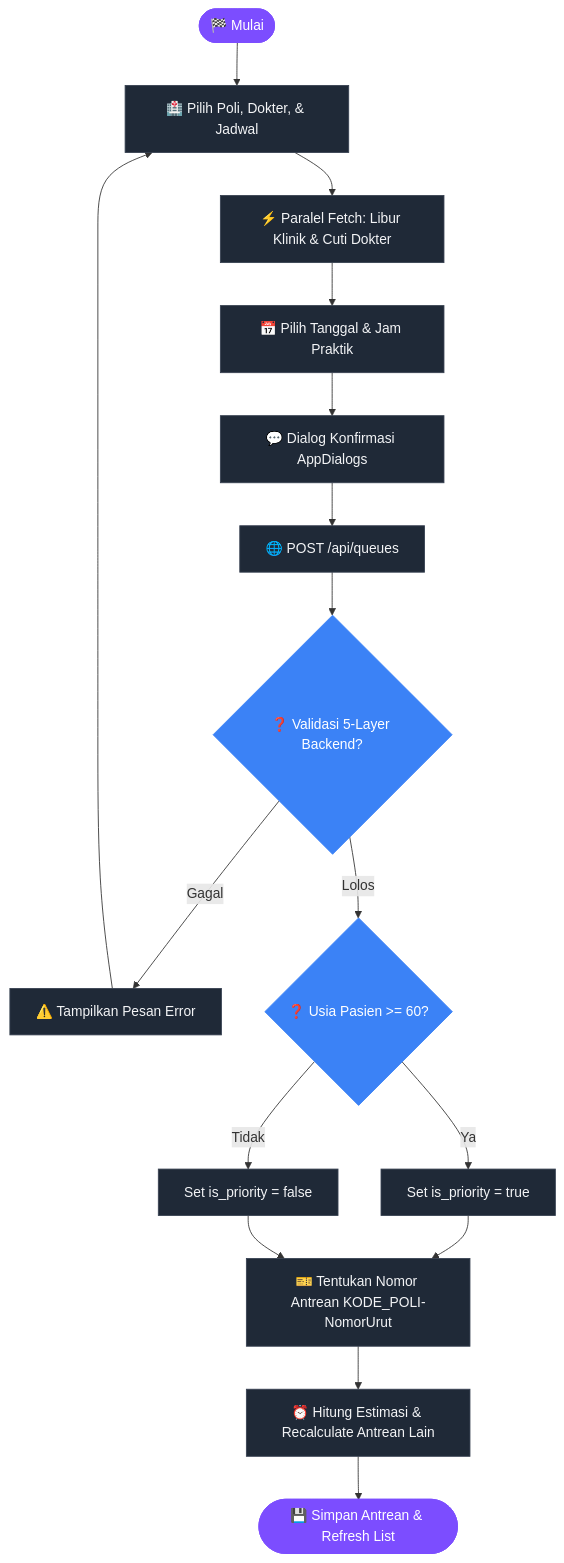
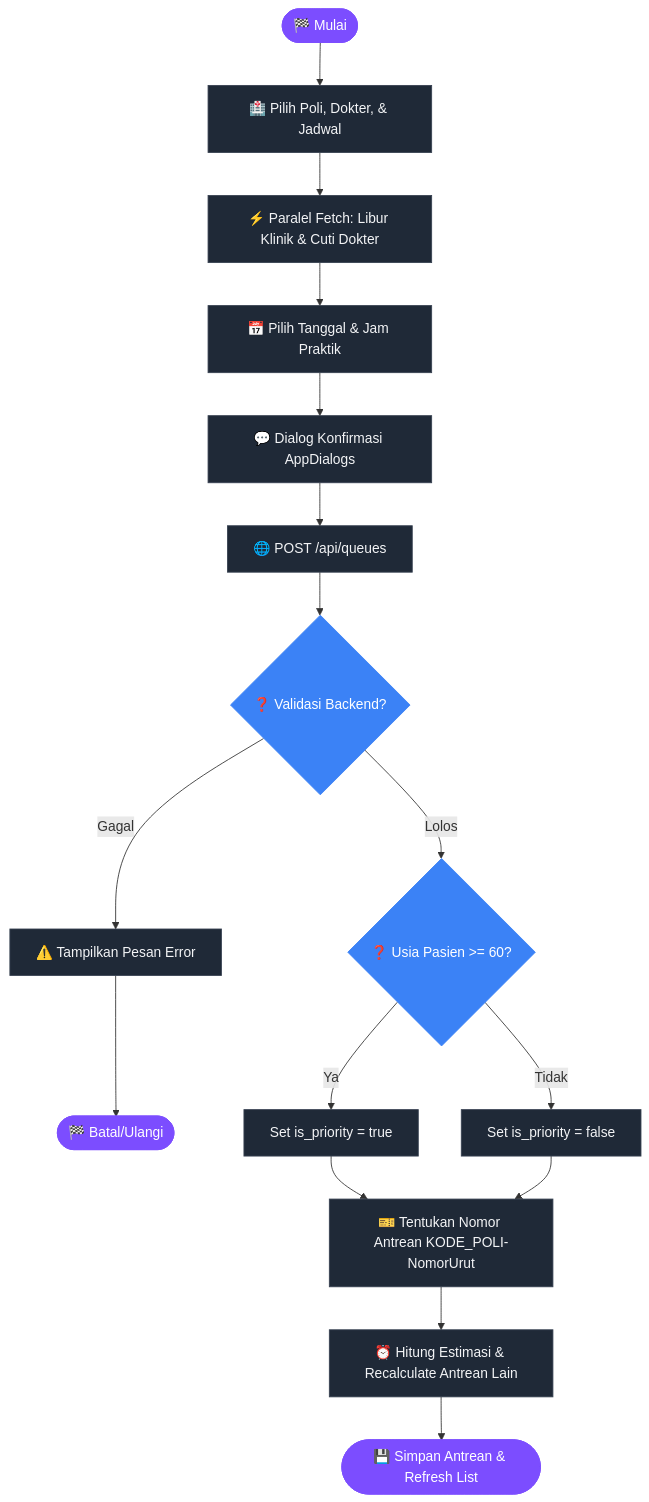
One commit to Rezi14/NalaSeva-Mobile-Test changed the fourth of 10 diagrams in dokumentasi/ALUR_BISNIS.md. Above: the diagram before and after it, drawn with Mermaid. The commit also changed other lines of this file, not shown here.

````diff
--- a/dokumentasi/ALUR_BISNIS.md
+++ b/dokumentasi/ALUR_BISNIS.md
@@ -114,22 +118,22 @@
 ```mermaid
 flowchart TD
     classDef default fill:#1f2937,stroke:#374151,stroke-width:1px,color:#f3f4f6;
     classDef startEnd fill:#7c4dff,stroke:#7c4dff,color:#fff;
     classDef decision fill:#3b82f6,stroke:#3b82f6,color:#fff;
 
     Start([🏁 Mulai]):::startEnd --> Form[🏥 Pilih Poli, Dokter, & Jadwal]
     Form --> FetchPar[⚡ Paralel Fetch: Libur Klinik & Cuti Dokter]
     FetchPar --> Picker[📅 Pilih Tanggal & Jam Praktik]
     Picker --> Confirm[💬 Dialog Konfirmasi AppDialogs]
     Confirm --> API[🌐 POST /api/queues]
-    API --> Valid{❓ Validasi 5-Layer Backend?}:::decision
+    API --> Valid{❓ Validasi Backend?}:::decision
     
-    Valid -- Gagal --> Error[⚠️ Tampilkan Pesan Error] --> Form
+    Valid -- Gagal --> Error[⚠️ Tampilkan Pesan Error] --> EndFail([🏁 Batal/Ulangi]):::startEnd
     Valid -- Lolos --> AgeCheck{❓ Usia Pasien >= 60?}:::decision
     
     AgeCheck -- Ya --> Priority["Set is_priority = true"] --> Numbering
     AgeCheck -- Tidak --> Reguler["Set is_priority = false"] --> Numbering
     
     Numbering[🎫 Tentukan Nomor Antrean KODE_POLI-NomorUrut] --> CalcTime[⏰ Hitung Estimasi & Recalculate Antrean Lain]
     CalcTime --> Finish([💾 Simpan Antrean & Refresh List]):::startEnd
 ```
````
